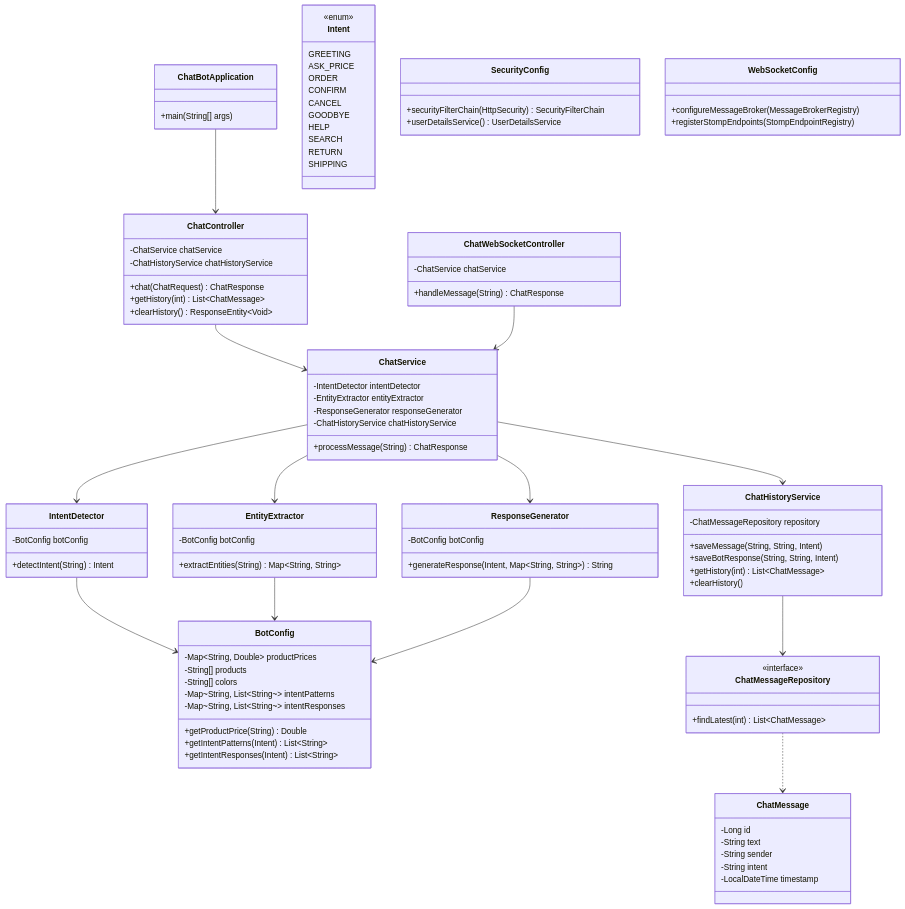
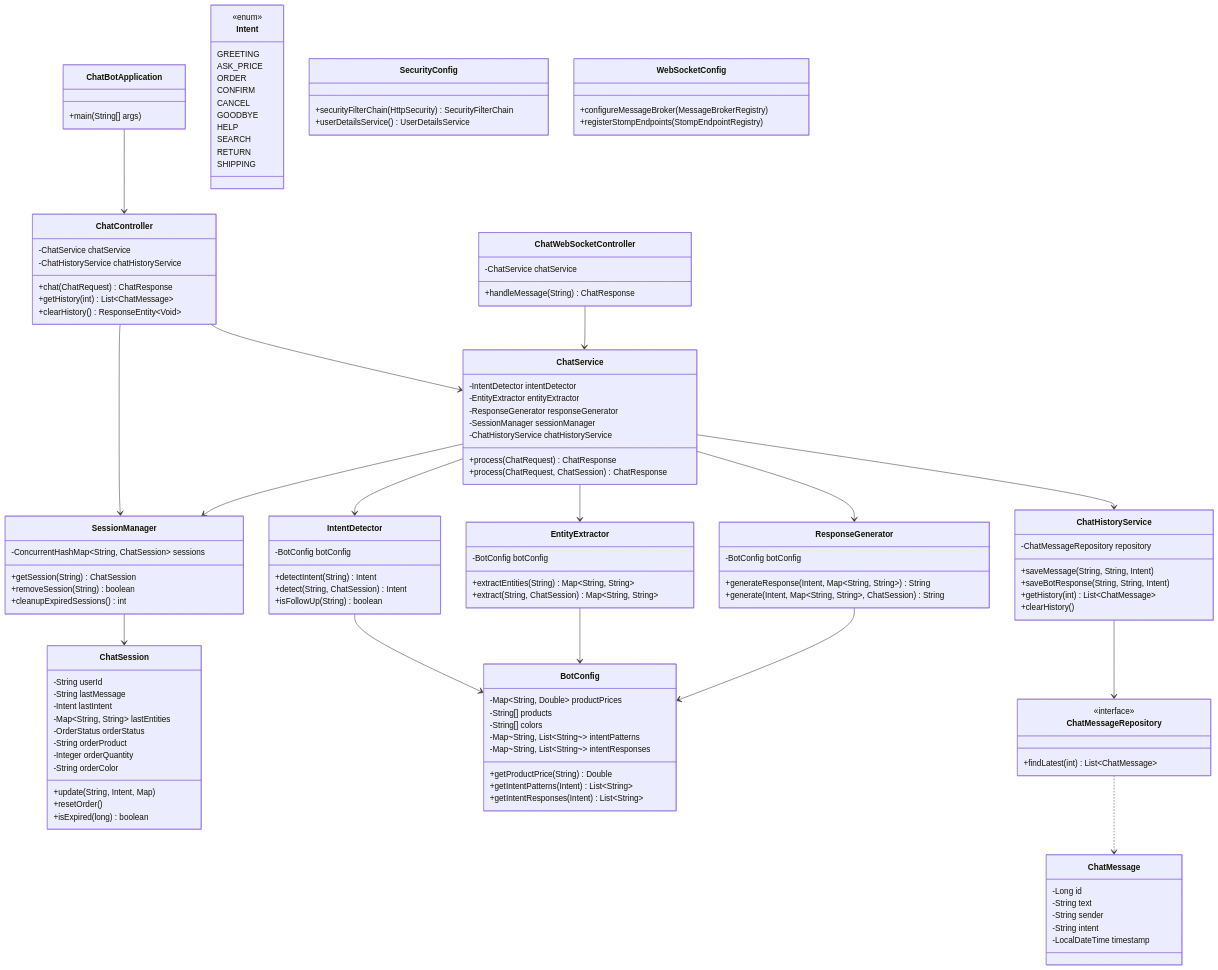
One commit to R-Yanay/ChatBotJavaSpring changed the second of 2 diagrams in README.md. Above: the diagram before and after it, drawn with Mermaid. The commit also changed other lines of this file, not shown here.

Commit message:
Update README: add memory system, follow-up, order workflow, 119 tests, 16 lessons learned

````diff
--- a/README.md
+++ b/README.md
@@ -142,27 +170,54 @@
         +getIntentResponses(Intent) List~String~
     }
 
+    class ChatSession {
+        -String userId
+        -String lastMessage
+        -Intent lastIntent
+        -Map~String, String~ lastEntities
+        -OrderStatus orderStatus
+        -String orderProduct
+        -Integer orderQuantity
+        -String orderColor
+        +update(String, Intent, Map)
+        +resetOrder()
+        +isExpired(long) boolean
+    }
+
+    class SessionManager {
+        -ConcurrentHashMap~String, ChatSession~ sessions
+        +getSession(String) ChatSession
+        +removeSession(String) boolean
+        +cleanupExpiredSessions() int
+    }
+
     class IntentDetector {
         -BotConfig botConfig
         +detectIntent(String) Intent
+        +detect(String, ChatSession) Intent
+        +isFollowUp(String) boolean
     }
 
     class EntityExtractor {
         -BotConfig botConfig
         +extractEntities(String) Map~String, String~
+        +extract(String, ChatSession) Map~String, String~
     }
 
     class ResponseGenerator {
         -BotConfig botConfig
         +generateResponse(Intent, Map~String, String~) String
+        +generate(Intent, Map~String, String~, ChatSession) String
     }
 
     class ChatService {
         -IntentDetector intentDetector
         -EntityExtractor entityExtractor
         -ResponseGenerator responseGenerator
+        -SessionManager sessionManager
         -ChatHistoryService chatHistoryService
-        +processMessage(String) ChatResponse
+        +process(ChatRequest) ChatResponse
+        +process(ChatRequest, ChatSession) ChatResponse
     }
 
     class ChatHistoryService {
@@ -210,7 +265,9 @@
     }
 
     ChatBotApplication --> ChatController
+    ChatController --> SessionManager
     ChatController --> ChatService
+    ChatService --> SessionManager
     ChatService --> IntentDetector
     ChatService --> EntityExtractor
     ChatService --> ResponseGenerator
@@ -221,4 +278,5 @@
     EntityExtractor --> BotConfig
     ResponseGenerator --> BotConfig
     ChatWebSocketController --> ChatService
+    SessionManager --> ChatSession
 ```
````
